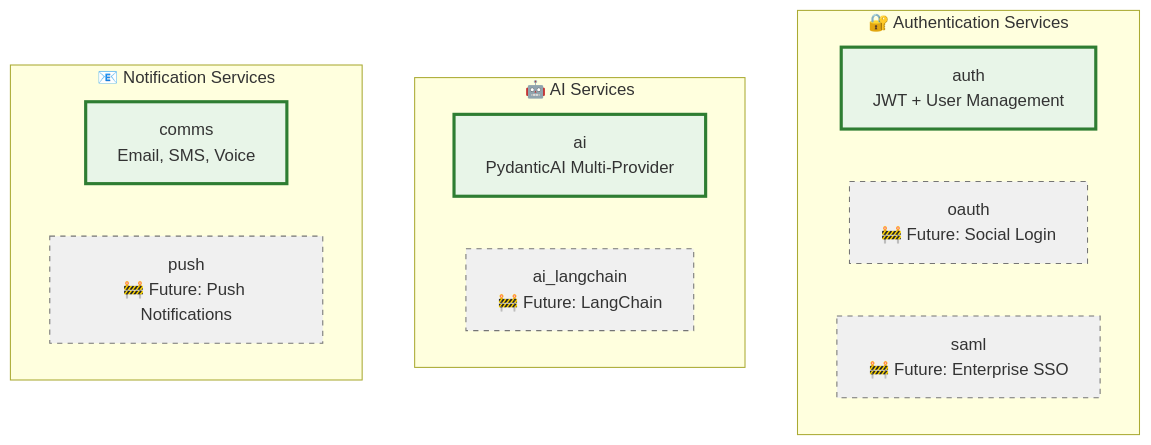
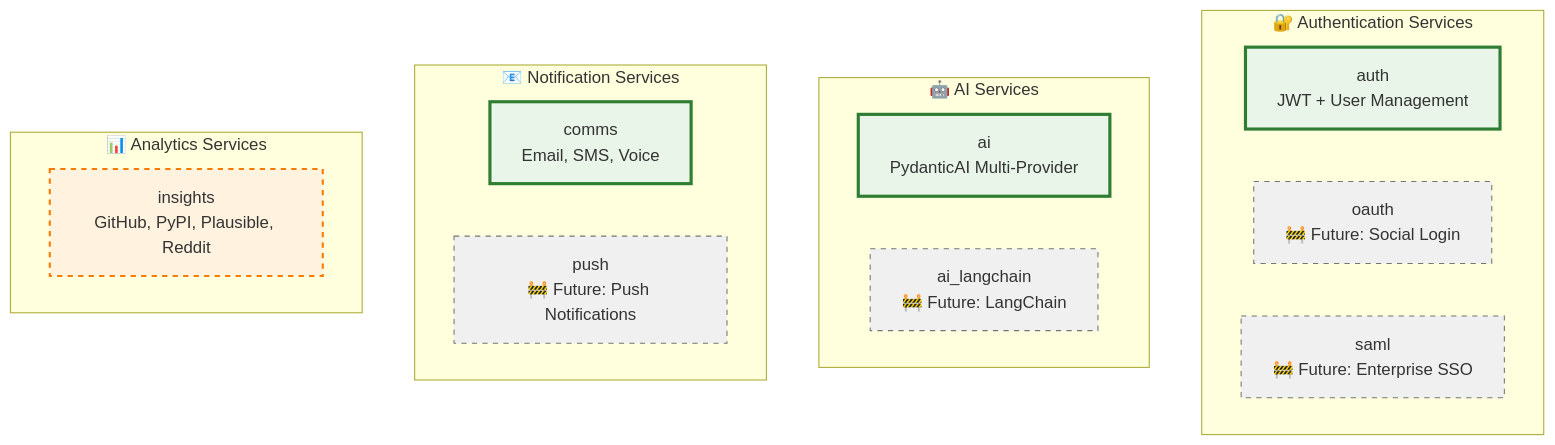
Before and after one commit to bhardwajRahul/aegis-stack: the third of 4 diagrams in docs/services/index.md, drawn with Mermaid. The commit also changed other lines of this file and 90 other files, not shown here.

Commit message:
Insights Service

````diff
--- a/docs/services/index.md
+++ b/docs/services/index.md
@@ -127,26 +132,31 @@
 ```mermaid
 graph TB
     subgraph "🔐 Authentication Services"
         AuthJWT[auth<br/>JWT + User Management]
         AuthOAuth[oauth<br/>🚧 Future: Social Login]
         AuthSAML[saml<br/>🚧 Future: Enterprise SSO]
     end
 
     subgraph "🤖 AI Services"
         AIPydantic[ai<br/>PydanticAI Multi-Provider]
         AILangChain[ai_langchain<br/>🚧 Future: LangChain]
     end
 
     subgraph "📧 Notification Services"
         CommsService[comms<br/>Email, SMS, Voice]
         Push[push<br/>🚧 Future: Push Notifications]
     end
 
+    subgraph "📊 Analytics Services"
+        InsightsService[insights<br/>GitHub, PyPI, Plausible, Reddit]
+    end
+
     style AuthJWT fill:#e8f5e8,stroke:#2e7d32,stroke-width:3px
     style AuthOAuth fill:#f0f0f0,stroke:#757575,stroke-dasharray: 5 5
     style AuthSAML fill:#f0f0f0,stroke:#757575,stroke-dasharray: 5 5
     style AIPydantic fill:#e8f5e8,stroke:#2e7d32,stroke-width:3px
     style AILangChain fill:#f0f0f0,stroke:#757575,stroke-dasharray: 5 5
     style CommsService fill:#e8f5e8,stroke:#2e7d32,stroke-width:3px
     style Push fill:#f0f0f0,stroke:#757575,stroke-dasharray: 5 5
+    style InsightsService fill:#fff3e0,stroke:#f57c00,stroke-width:2px,stroke-dasharray: 5 5
 ```
````
